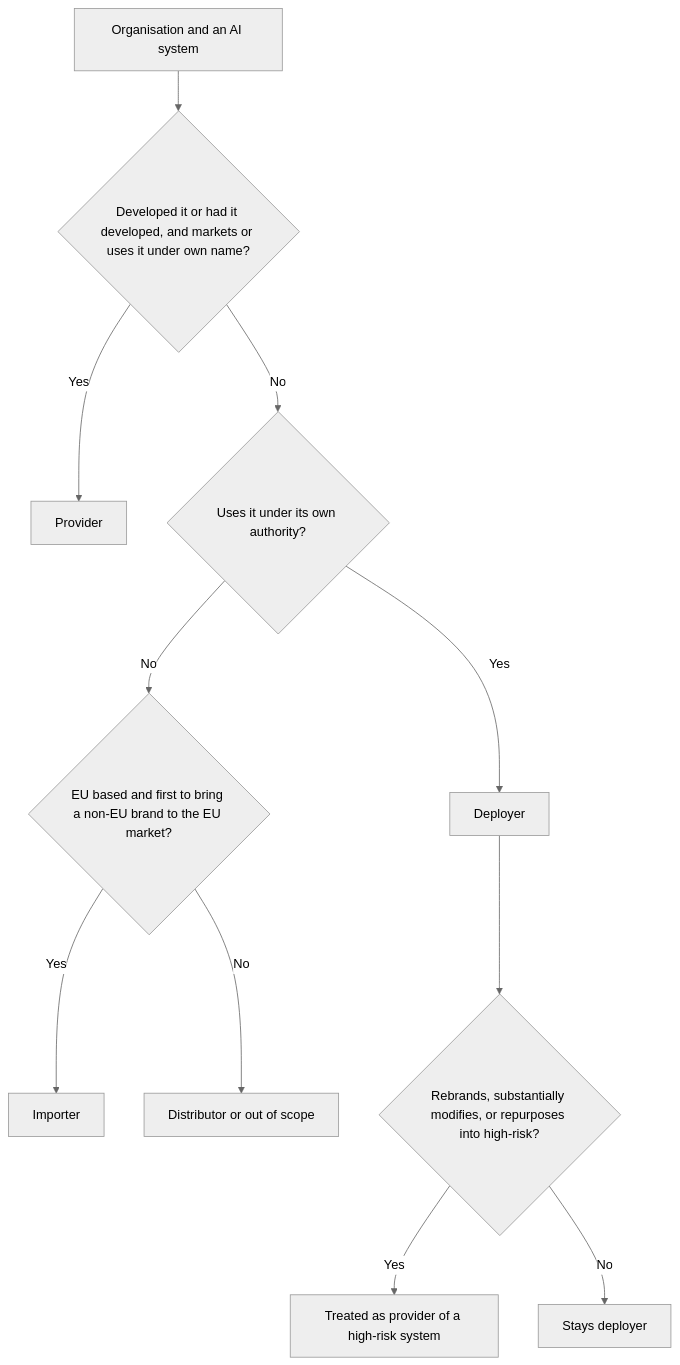
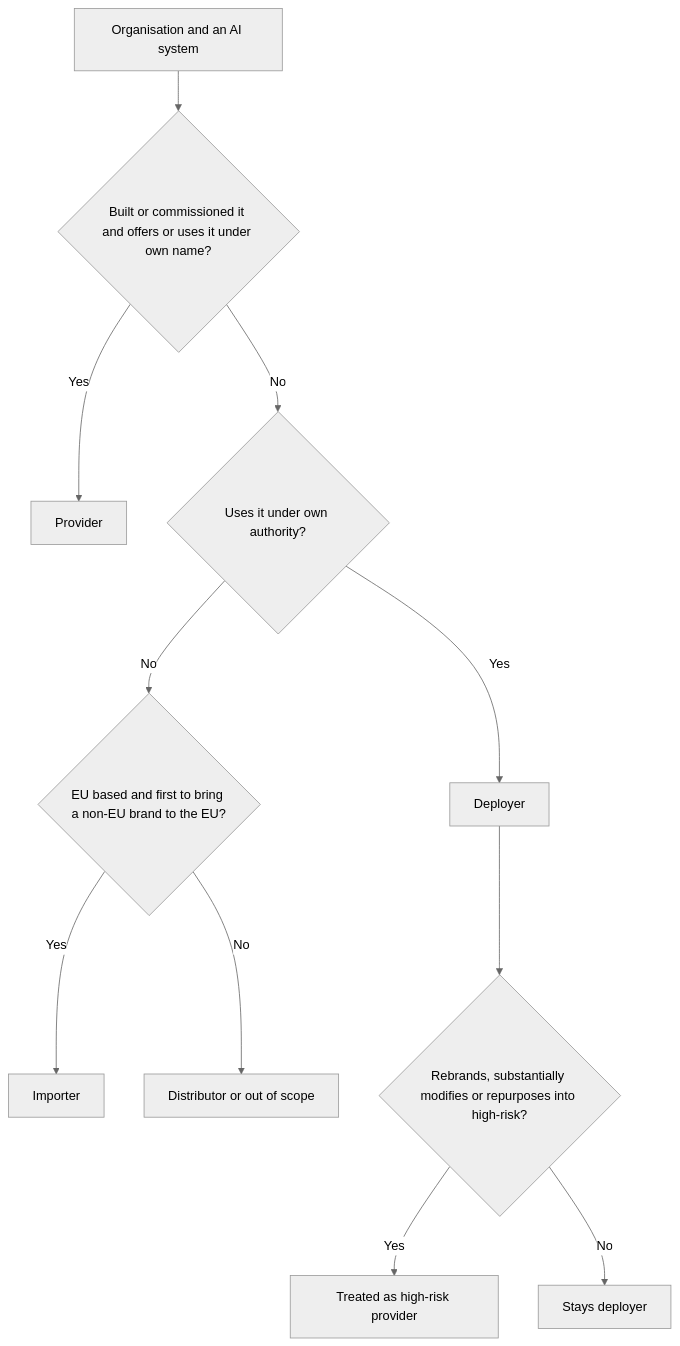
The first of 2 diagrams in aigp/modules/06-eu-ai-act.md (Tamoura/system-design-for-vibe-coders), drawn with Mermaid (neutral theme) before and after one commit. The commit also changed other lines of this file and 1 other file, not shown here.

````diff
--- a/aigp/modules/06-eu-ai-act.md
+++ b/aigp/modules/06-eu-ai-act.md
@@ -115,13 +104,13 @@
 ```mermaid
 flowchart TD
-  A[Organisation and an AI system] --> B{Developed it or had it developed, and markets or uses it under own name?}
+  A[Organisation and an AI system] --> B{Built or commissioned it and offers or uses it under own name?}
   B -- Yes --> P[Provider]
-  B -- No --> C{Uses it under its own authority?}
+  B -- No --> C{Uses it under own authority?}
   C -- Yes --> D[Deployer]
-  C -- No --> E{EU based and first to bring a non-EU brand to the EU market?}
+  C -- No --> E{EU based and first to bring a non-EU brand to the EU?}
   E -- Yes --> I[Importer]
   E -- No --> F[Distributor or out of scope]
-  D --> G{Rebrands, substantially modifies, or repurposes into high-risk?}
-  G -- Yes --> P2[Treated as provider of a high-risk system]
+  D --> G{Rebrands, substantially modifies or repurposes into high-risk?}
+  G -- Yes --> P2[Treated as high-risk provider]
   G -- No --> D2[Stays deployer]
 ```
````
